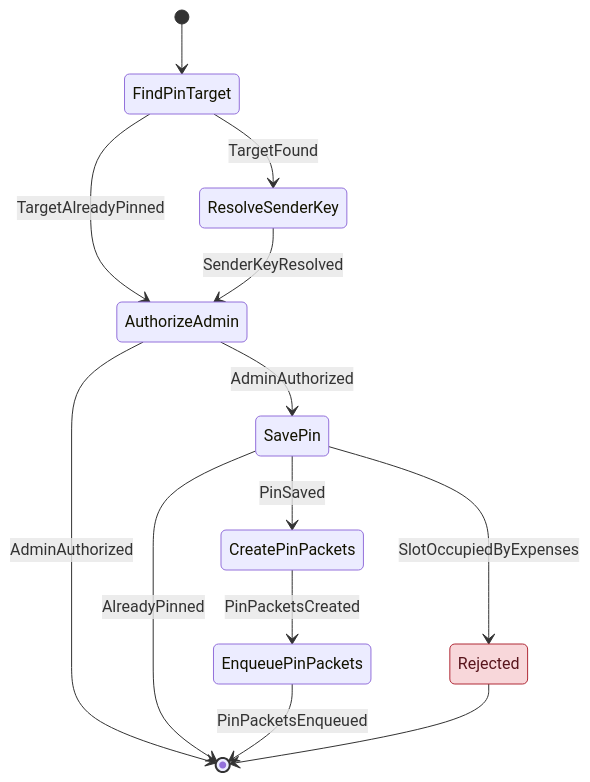
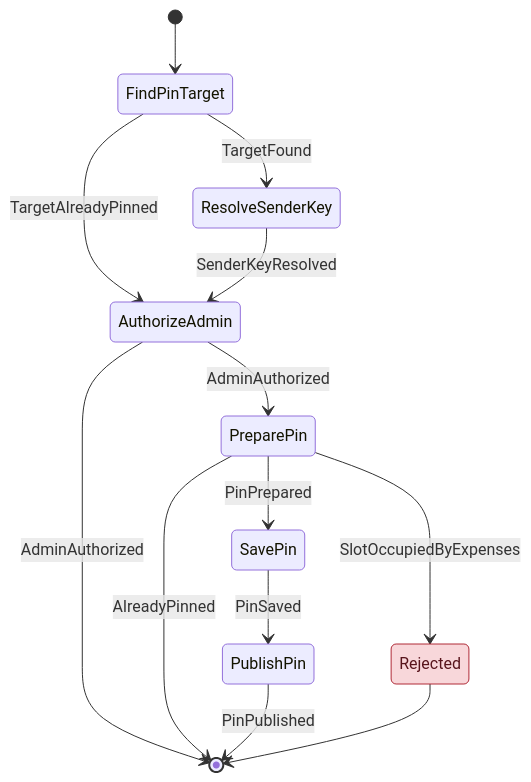
Before and after one commit to cbgm/Sparrow: diagram 16 of 19 in docs/architecture/workflows/groupstate.md, drawn with Mermaid. The commit also changed other lines of this file and 193 other files, not shown here.

````diff
--- a/docs/architecture/workflows/groupstate.md
+++ b/docs/architecture/workflows/groupstate.md
@@ -323,17 +427,17 @@
 ```mermaid
 stateDiagram-v2
     [*] --> FindPinTarget
     FindPinTarget --> AuthorizeAdmin : TargetAlreadyPinned
     FindPinTarget --> ResolveSenderKey : TargetFound
     ResolveSenderKey --> AuthorizeAdmin : SenderKeyResolved
-    AuthorizeAdmin --> SavePin : AdminAuthorized
+    AuthorizeAdmin --> PreparePin : AdminAuthorized
     AuthorizeAdmin --> [*] : AdminAuthorized
-    SavePin --> [*] : AlreadyPinned
-    SavePin --> CreatePinPackets : PinSaved
-    SavePin --> Rejected : SlotOccupiedByExpenses
-    CreatePinPackets --> EnqueuePinPackets : PinPacketsCreated
-    EnqueuePinPackets --> [*] : PinPacketsEnqueued
+    PreparePin --> [*] : AlreadyPinned
+    PreparePin --> SavePin : PinPrepared
+    PreparePin --> Rejected : SlotOccupiedByExpenses
+    SavePin --> PublishPin : PinSaved
+    PublishPin --> [*] : PinPublished
     Rejected --> [*]
     classDef reject fill:#f8d7da,stroke:#b02a37,color:#58151c
     class Rejected reject
 ```
````
